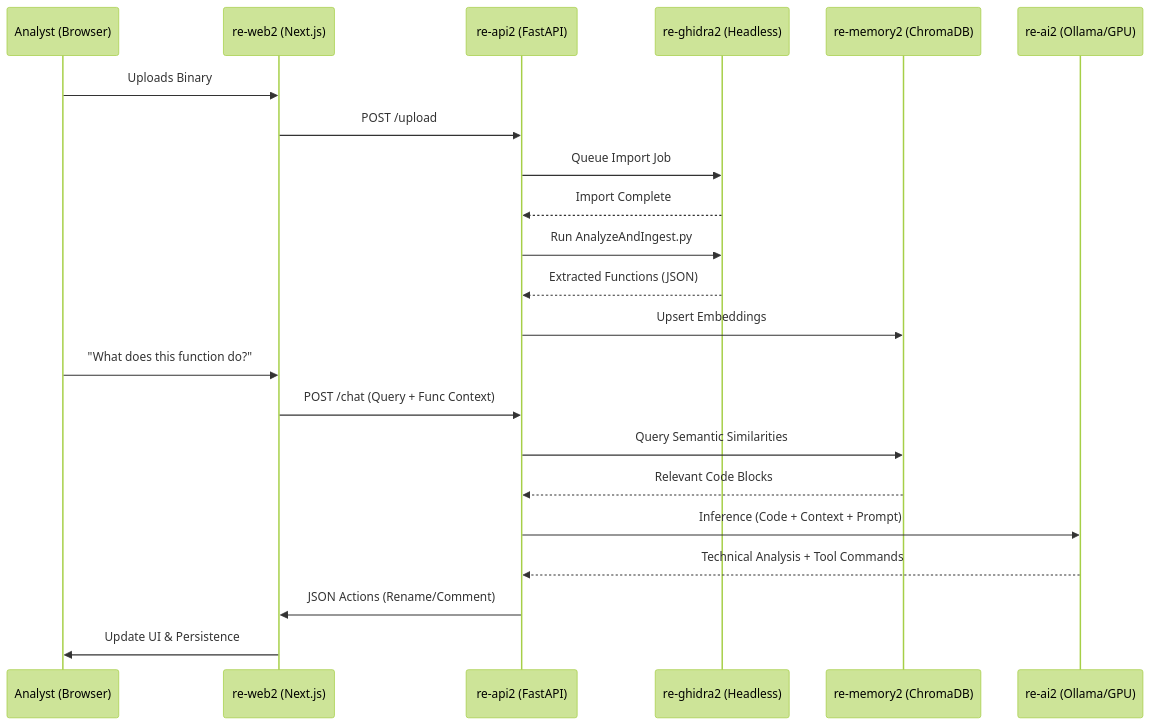
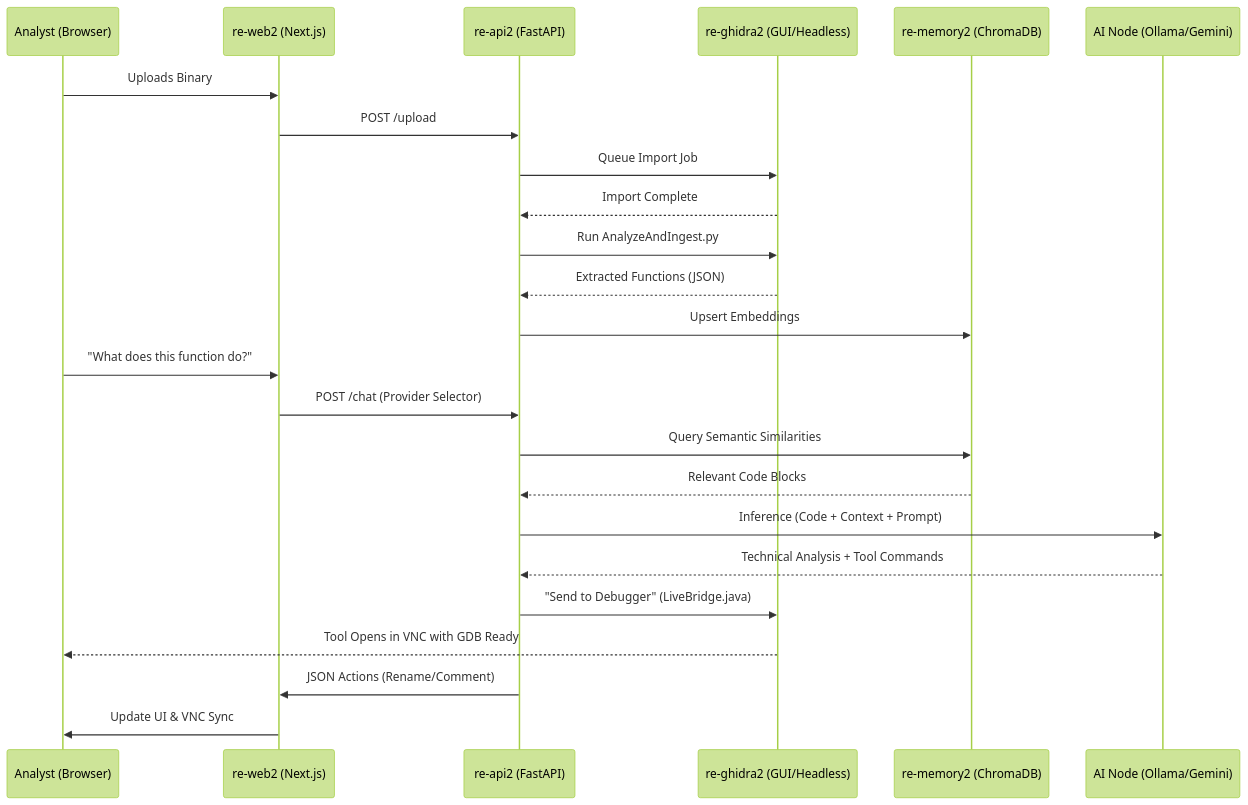
The first of 2 diagrams in README.md (Sagz9000/re_brain), drawn with Mermaid (forest theme) before and after one commit. The commit also changed other lines of this file and 18 other files, not shown here.

Commit message:
Finalize re-Brain 2.0: Ghidra Debugger, Gemini AI, and Java-based LiveBridge integration

````diff
--- a/README.md
+++ b/README.md
@@ -54,25 +54,27 @@
 ```mermaid
 sequenceDiagram
     participant U as Analyst (Browser)
     participant W as re-web2 (Next.js)
     participant A as re-api2 (FastAPI)
-    participant G as re-ghidra2 (Headless)
+    participant G as re-ghidra2 (GUI/Headless)
     participant M as re-memory2 (ChromaDB)
-    participant L as re-ai2 (Ollama/GPU)
+    participant L as AI Node (Ollama/Gemini)
 
     U->>W: Uploads Binary
     W->>A: POST /upload
     A->>G: Queue Import Job
     G-->>A: Import Complete
     A->>G: Run AnalyzeAndIngest.py
     G-->>A: Extracted Functions (JSON)
     A->>M: Upsert Embeddings
     U->>W: "What does this function do?"
-    W->>A: POST /chat (Query + Func Context)
+    W->>A: POST /chat (Provider Selector)
     A->>M: Query Semantic Similarities
     M-->>A: Relevant Code Blocks
     A->>L: Inference (Code + Context + Prompt)
     L-->>A: Technical Analysis + Tool Commands
+    A->>G: "Send to Debugger" (LiveBridge.java)
+    G-->>U: Tool Opens in VNC with GDB Ready
     A->>W: JSON Actions (Rename/Comment)
-    W->>U: Update UI & Persistence
+    W->>U: Update UI & VNC Sync
 ```
````
